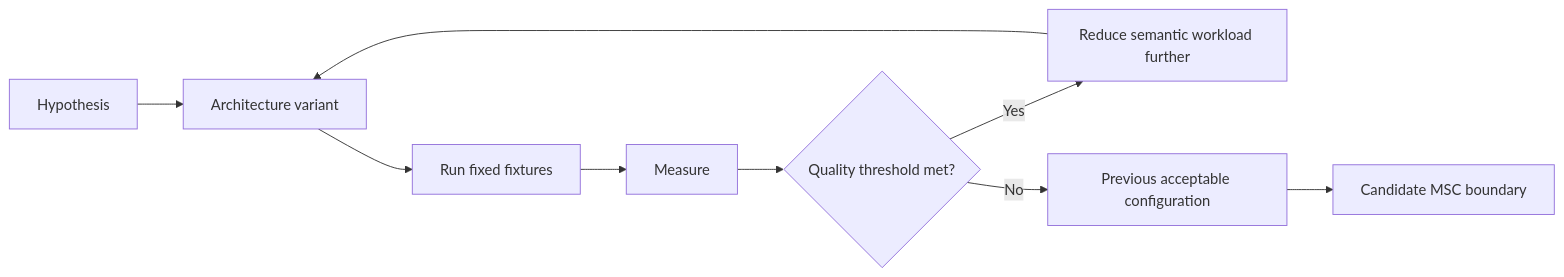
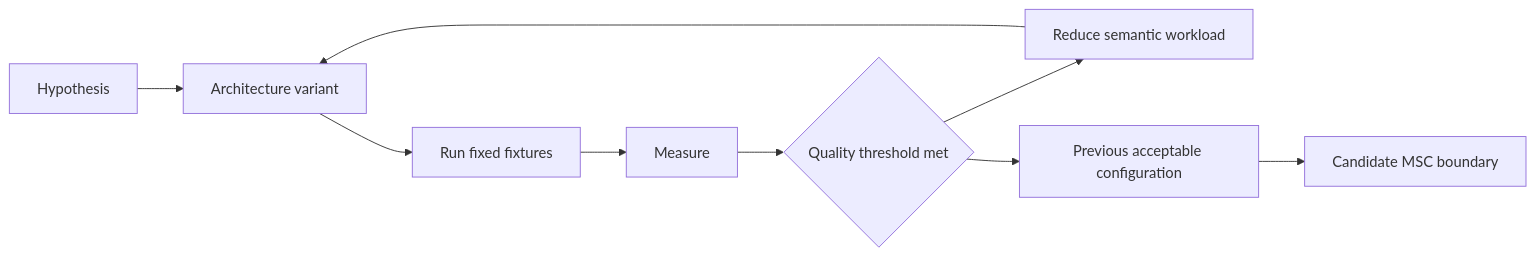
One commit to Augmentedjs/llm_efficiency changed the seventh of 8 diagrams in README.md. Above: the diagram before and after it, drawn with Mermaid. The commit also changed other lines of this file, not shown here.

Commit message:
Clean README and fix GitHub Mermaid rendering

````diff
--- a/README.md
+++ b/README.md
@@ -444,11 +308,11 @@
 ```mermaid
-flowchart LR
-    H["Hypothesis"] --> I["Architecture variant"]
-    I --> R["Run fixed fixtures"]
-    R --> M["Measure"]
-    M --> Q{"Quality threshold met?"}
-    Q -->|Yes| O["Reduce semantic workload further"]
-    O --> I
-    Q -->|No| P["Previous acceptable configuration"]
-    P --> C["Candidate MSC boundary"]
+graph LR;
+    H[Hypothesis] --> I[Architecture variant];
+    I --> R[Run fixed fixtures];
+    R --> M[Measure];
+    M --> Q{Quality threshold met};
+    Q --> O[Reduce semantic workload];
+    O --> I;
+    Q --> P[Previous acceptable configuration];
+    P --> C[Candidate MSC boundary];
 ```
````
